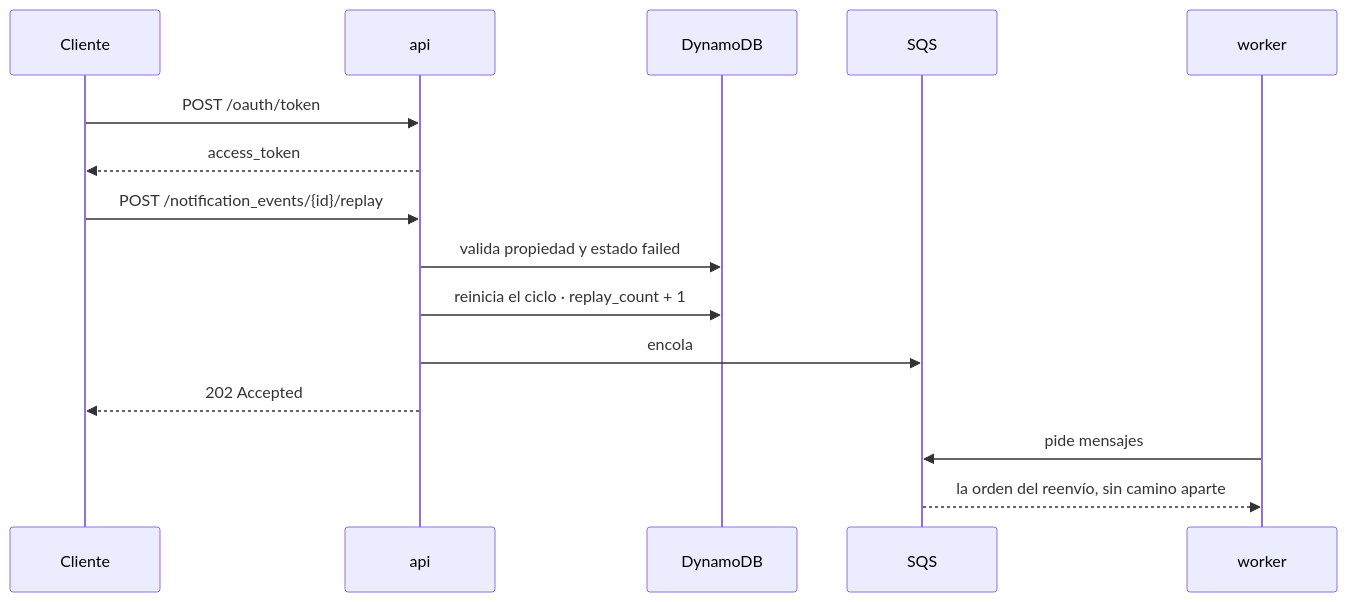
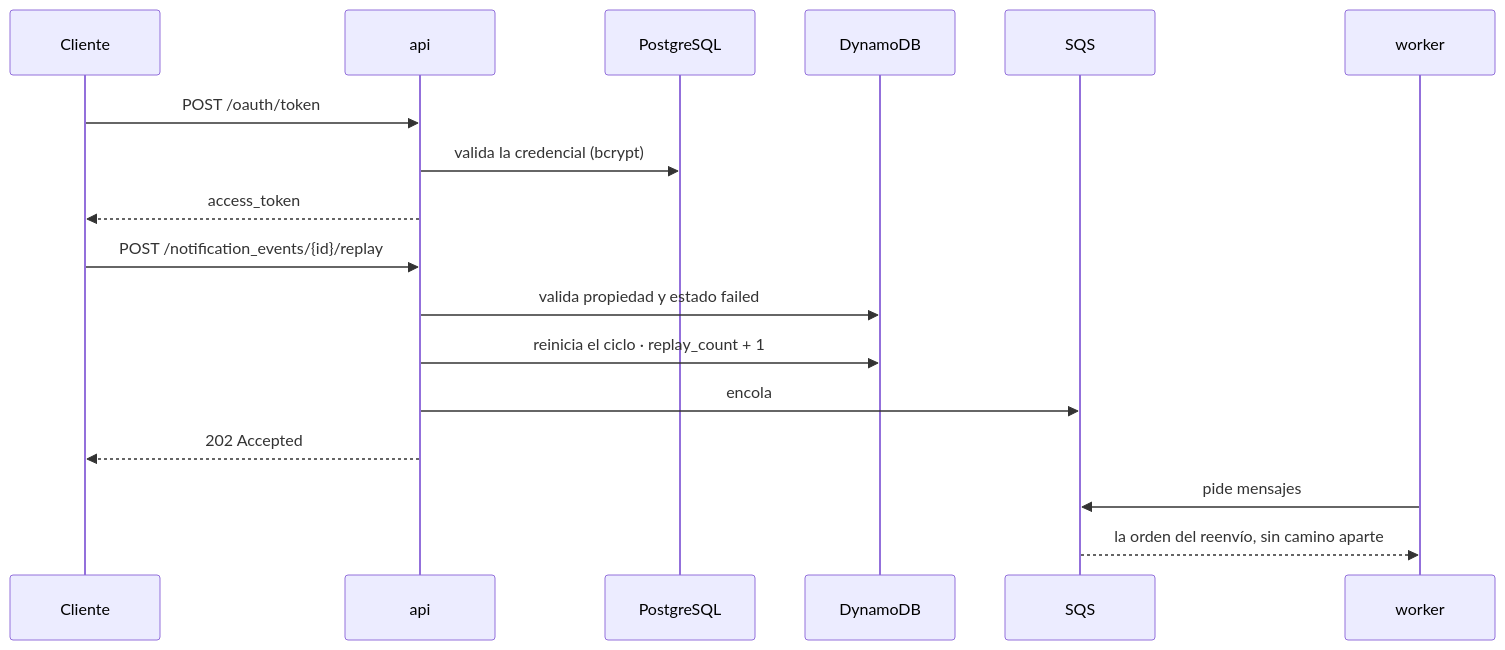
Before and after one commit to ssalaza7/cobre-notification-delivery: the fifth of 5 diagrams in README.md, drawn with Mermaid. The commit also changed other lines of this file and 4 other files, not shown here.

First line of the commit message:
docs: los diagramas y la documentacion reflejan los dos almacenes

````diff
--- a/README.md
+++ b/README.md
@@ -191,18 +194,20 @@
 ```mermaid
 sequenceDiagram
     participant U as Cliente
     participant API as api
+    participant PG as PostgreSQL
     participant DB as DynamoDB
     participant Q as SQS
     participant W as worker
 
     U->>API: POST /oauth/token
+    API->>PG: valida la credencial (bcrypt)
     API-->>U: access_token
     U->>API: POST /notification_events/{id}/replay
     API->>DB: valida propiedad y estado failed
     API->>DB: reinicia el ciclo · replay_count + 1
     API->>Q: encola
     API-->>U: 202 Accepted
     W->>Q: pide mensajes
     Q-->>W: la orden del reenvío, sin camino aparte
 ```
````
